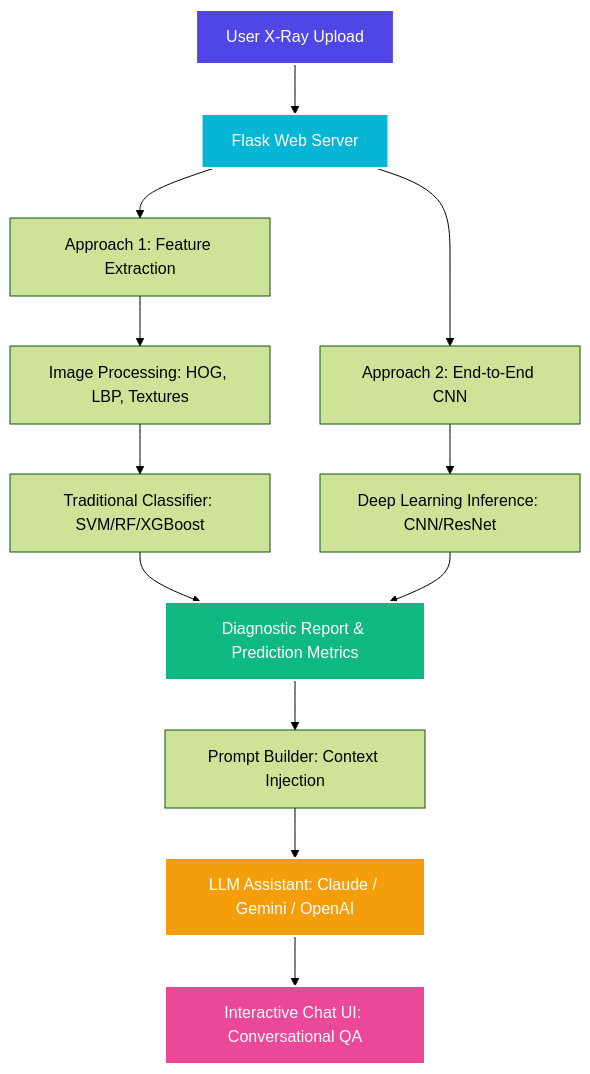
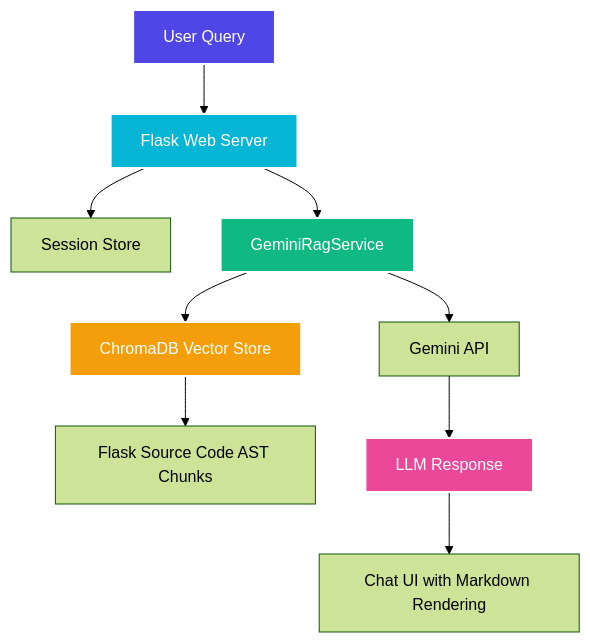
One commit to Josemiles-ctr/Year-2-Recess-Project changed the diagram in README.md. Above: the diagram before and after it, drawn with Mermaid (forest theme). The commit also changed other lines of this file and 10 other files, not shown here.

First line of the commit message:
docs: update project documentation and branding for Flask RAG assistant

````diff
--- a/README.md
+++ b/README.md
@@ -42,24 +37,17 @@
 ```mermaid
 graph TD
-    A[User X-Ray Upload] --> B[Flask Web Server]
-    B --> C[Approach 1: Feature Extraction]
-    B --> D[Approach 2: End-to-End CNN]
-    
-    C --> C1[Image Processing: HOG, LBP, Textures]
-    C1 --> C2[Traditional Classifier: SVM/RF/XGBoost]
-    
-    D --> D1[Deep Learning Inference: CNN/ResNet]
-    
-    C2 --> E[Diagnostic Report & Prediction Metrics]
-    D1 --> E
-    
-    E --> F[Prompt Builder: Context Injection]
-    F --> G[LLM Assistant: Claude / Gemini / OpenAI]
-    G --> H[Interactive Chat UI: Conversational QA]
-    
+    A[User Query] --> B[Flask Web Server]
+    B --> C[Session Store]
+    B --> D[GeminiRagService]
+    D --> E[ChromaDB Vector Store]
+    D --> F[Gemini API]
+    E --> G[Flask Source Code AST Chunks]
+    F --> H[LLM Response]
+    H --> I[Chat UI with Markdown Rendering]
+
     style A fill:#4F46E5,stroke:#fff,stroke-width:2px,color:#fff
     style B fill:#06B6D4,stroke:#fff,stroke-width:2px,color:#fff
-    style E fill:#10B981,stroke:#fff,stroke-width:2px,color:#fff
-    style G fill:#F59E0B,stroke:#fff,stroke-width:2px,color:#fff
+    style D fill:#10B981,stroke:#fff,stroke-width:2px,color:#fff
+    style E fill:#F59E0B,stroke:#fff,stroke-width:2px,color:#fff
     style H fill:#EC4899,stroke:#fff,stroke-width:2px,color:#fff
 ```
````
